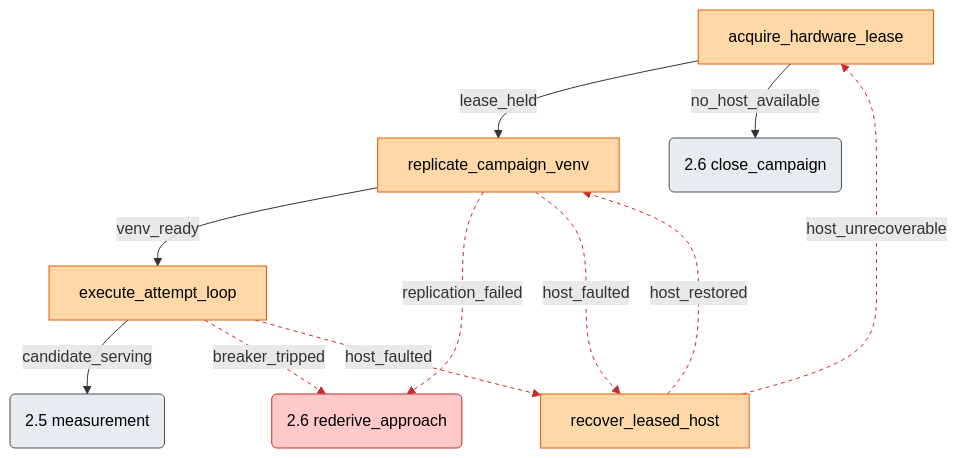
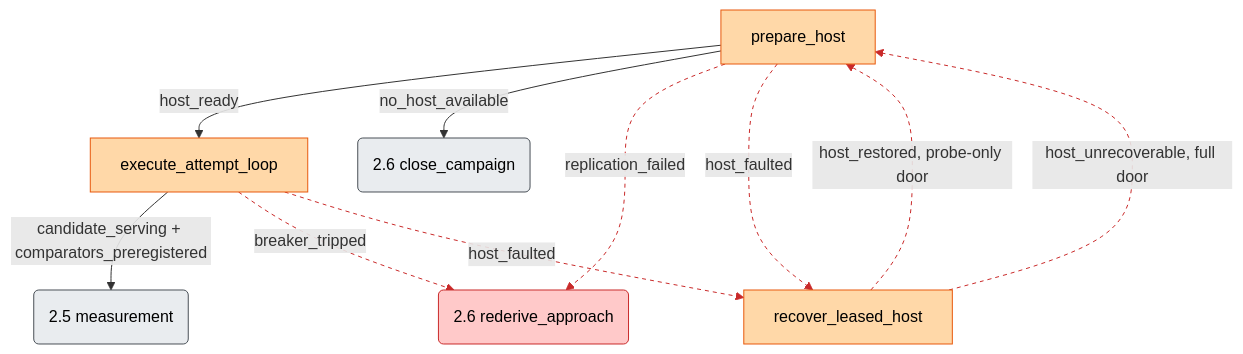
The fifth of 7 diagrams in generated-plugins/vllm-neuron-parity/README.md (jinhuang12/pave), drawn with Mermaid before and after one commit. The commit also changed other lines of this file and 138 other files, not shown here.

````diff
--- a/generated-plugins/vllm-neuron-parity/README.md
+++ b/generated-plugins/vllm-neuron-parity/README.md
@@ -319,20 +312,24 @@
 ```mermaid
 flowchart TD
-  ahl[acquire_hardware_lease] -->|lease_held| rcv[replicate_campaign_venv]
-  ahl -->|no_host_available| close(2.6 close_campaign)
-  rcv -->|venv_ready| eal[execute_attempt_loop]
-  rcv -->|replication_failed| rede(2.6 rederive_approach)
-  rcv -->|host_faulted| rlh[recover_leased_host]
-  eal -->|candidate_serving| meas(2.5 measurement)
+  ph[prepare_host] -->|host_ready| eal[execute_attempt_loop]
+  ph -->|no_host_available| close(2.6 close_campaign)
+  ph -->|replication_failed| rede(2.6 rederive_approach)
+  ph -->|host_faulted| rlh[recover_leased_host]
+  eal -->|candidate_serving + comparators_preregistered| meas(2.5 measurement)
   eal -->|breaker_tripped| rede
   eal -->|host_faulted| rlh
-  rlh -->|host_restored| rcv
-  rlh -->|host_unrecoverable| ahl
-  class ahl,rcv,eal,rlh cImpl
+  rlh -->|host_restored, probe-only door| ph
+  rlh -->|host_unrecoverable, full door| ph
+  class ph,eal,rlh cImpl
   class rede cRec
   class close,meas cGate
+  classDef cInv fill:#cfe2ff,stroke:#1971c2,color:#000
   classDef cImpl fill:#ffd8a8,stroke:#e8590c,color:#000
+  classDef cMeas fill:#d3f9d8,stroke:#2f9e44,color:#000
+  classDef cAdj fill:#e5dbff,stroke:#7048e8,color:#000
+  classDef cRev fill:#fcc2d7,stroke:#d6336c,color:#000
   classDef cRec fill:#ffc9c9,stroke:#c92a2a,color:#000
   classDef cGate fill:#e9ecef,stroke:#495057,color:#000
-  linkStyle 3,4,6,7,8,9 stroke:#c92a2a,stroke-dasharray:4
+  classDef cEnd fill:#dee2e6,stroke:#868e96,color:#000
+  linkStyle 2,3,5,6,7,8 stroke:#c92a2a,stroke-dasharray:4
 ```
````
